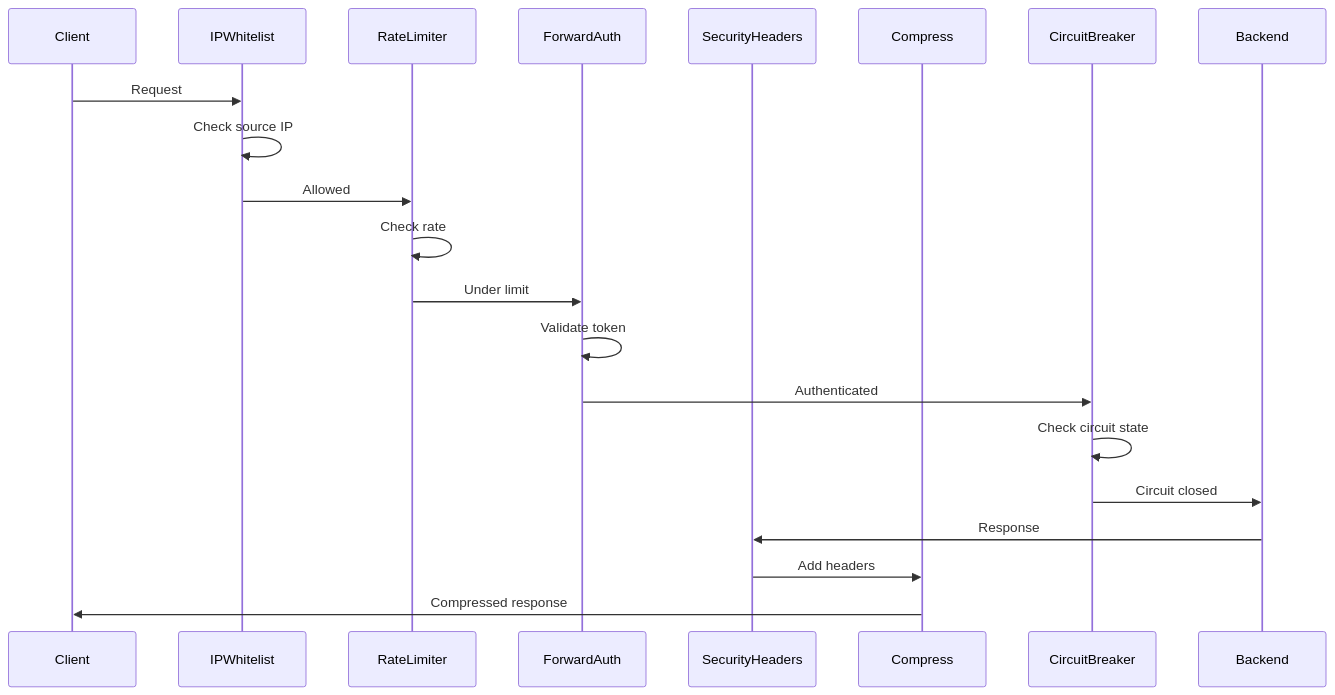
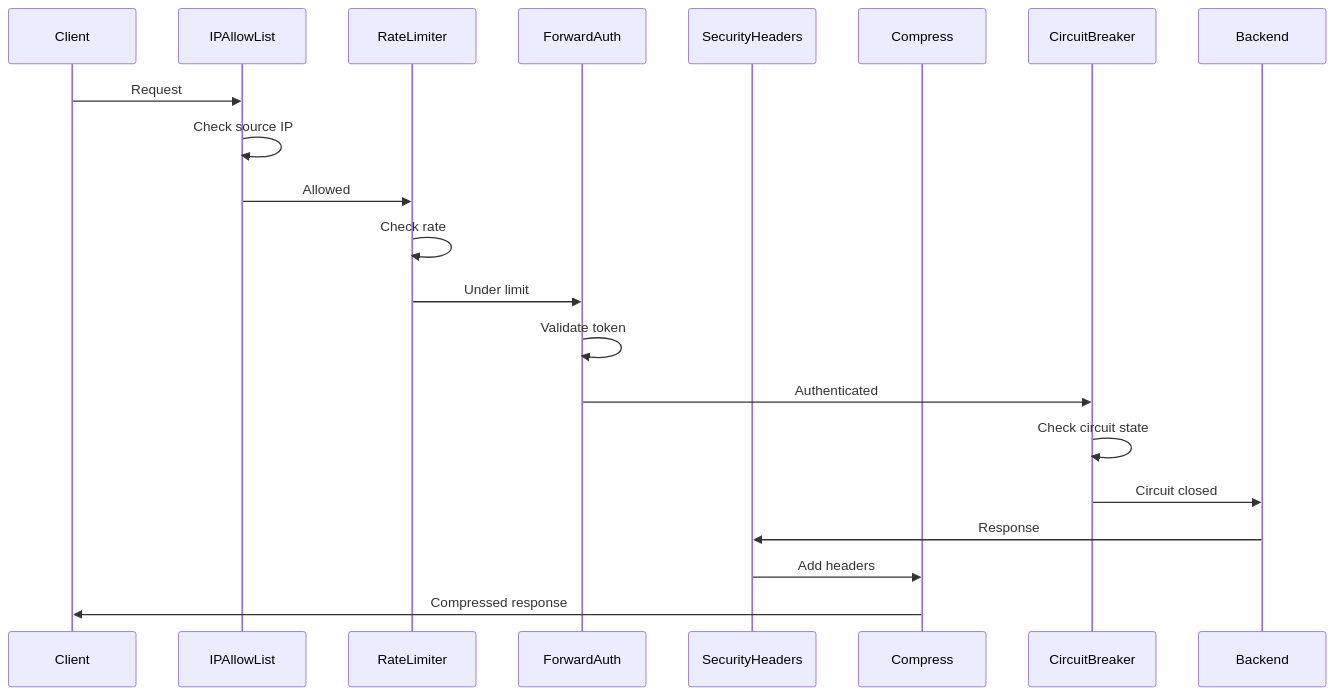
Before and after one commit to OneUptime/blog: the second of 2 diagrams in posts/2026-02-20-traefik-middleware-guide/README.md, drawn with Mermaid. The commit also changed other lines of this file and 2 other files, not shown here.

````diff
--- a/posts/2026-02-20-traefik-middleware-guide/README.md
+++ b/posts/2026-02-20-traefik-middleware-guide/README.md
@@ -265,24 +266,24 @@
 ```mermaid
 sequenceDiagram
     participant Client
-    participant IPWhitelist
+    participant IPAllowList
     participant RateLimiter
     participant ForwardAuth
     participant SecurityHeaders
     participant Compress
     participant CircuitBreaker
     participant Backend
 
-    Client->>IPWhitelist: Request
-    IPWhitelist->>IPWhitelist: Check source IP
-    IPWhitelist->>RateLimiter: Allowed
+    Client->>IPAllowList: Request
+    IPAllowList->>IPAllowList: Check source IP
+    IPAllowList->>RateLimiter: Allowed
     RateLimiter->>RateLimiter: Check rate
     RateLimiter->>ForwardAuth: Under limit
     ForwardAuth->>ForwardAuth: Validate token
     ForwardAuth->>CircuitBreaker: Authenticated
     CircuitBreaker->>CircuitBreaker: Check circuit state
     CircuitBreaker->>Backend: Circuit closed
     Backend->>SecurityHeaders: Response
     SecurityHeaders->>Compress: Add headers
     Compress->>Client: Compressed response
 ```
````
